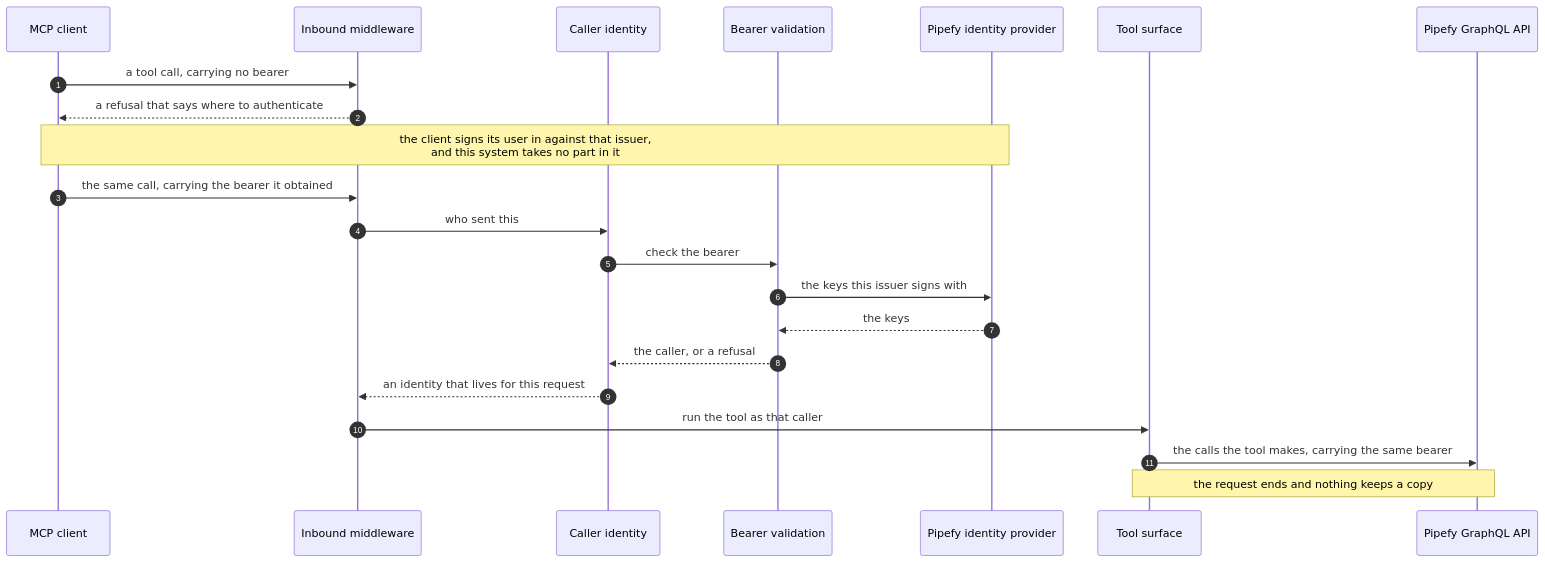
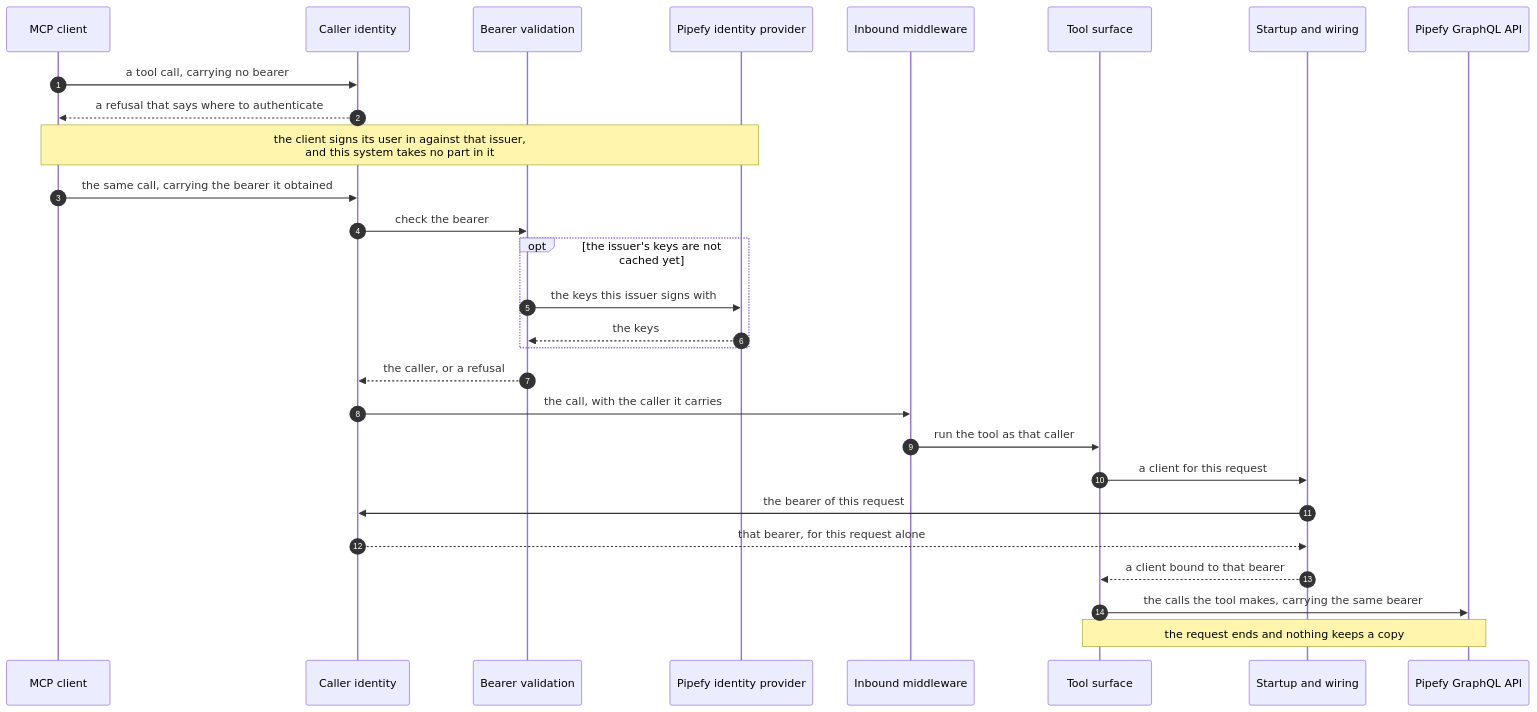
Before and after one commit to pipefy/ai-toolkit: the ninth of 11 diagrams in docs/contributing/architecture.md, drawn with Mermaid.

Commit message:
docs: draw the per-request bearer path through the blocks that own it

````diff
--- a/docs/contributing/architecture.md
+++ b/docs/contributing/architecture.md
@@ -529,25 +529,31 @@
 ```mermaid
 sequenceDiagram
     autonumber
     participant Client as MCP client
-    participant Middleware as Inbound middleware
     participant Caller as Caller identity
     participant Verify as Bearer validation
     participant Idp as Pipefy identity provider
+    participant Middleware as Inbound middleware
     participant Tool as Tool surface
+    participant Startup as Startup and wiring
     participant Api as Pipefy GraphQL API
 
-    Client->>Middleware: a tool call, carrying no bearer
-    Middleware-->>Client: a refusal that says where to authenticate
+    Client->>Caller: a tool call, carrying no bearer
+    Caller-->>Client: a refusal that says where to authenticate
     Note over Client,Idp: the client signs its user in against that issuer,<br/>and this system takes no part in it
-    Client->>Middleware: the same call, carrying the bearer it obtained
-    Middleware->>Caller: who sent this
+    Client->>Caller: the same call, carrying the bearer it obtained
     Caller->>Verify: check the bearer
-    Verify->>Idp: the keys this issuer signs with
-    Idp-->>Verify: the keys
+    opt the issuer's keys are not cached yet
+        Verify->>Idp: the keys this issuer signs with
+        Idp-->>Verify: the keys
+    end
     Verify-->>Caller: the caller, or a refusal
-    Caller-->>Middleware: an identity that lives for this request
+    Caller->>Middleware: the call, with the caller it carries
     Middleware->>Tool: run the tool as that caller
+    Tool->>Startup: a client for this request
+    Startup->>Caller: the bearer of this request
+    Caller-->>Startup: that bearer, for this request alone
+    Startup-->>Tool: a client bound to that bearer
     Tool->>Api: the calls the tool makes, carrying the same bearer
     Note over Tool,Api: the request ends and nothing keeps a copy
 ```
````
